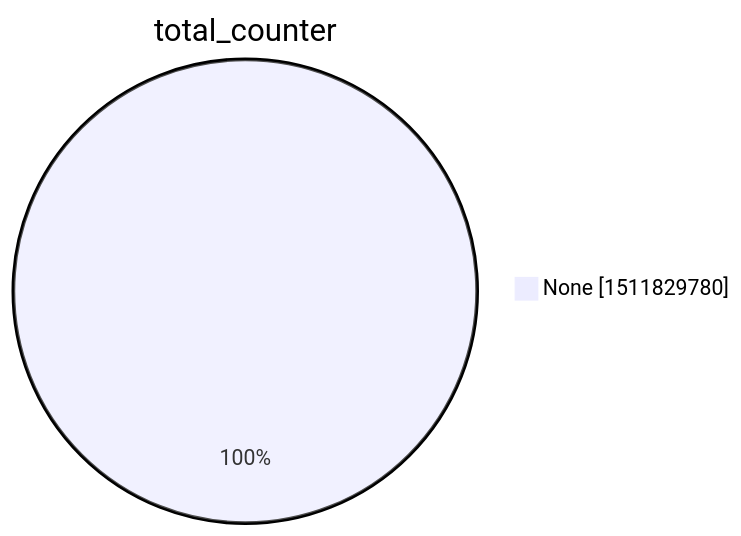
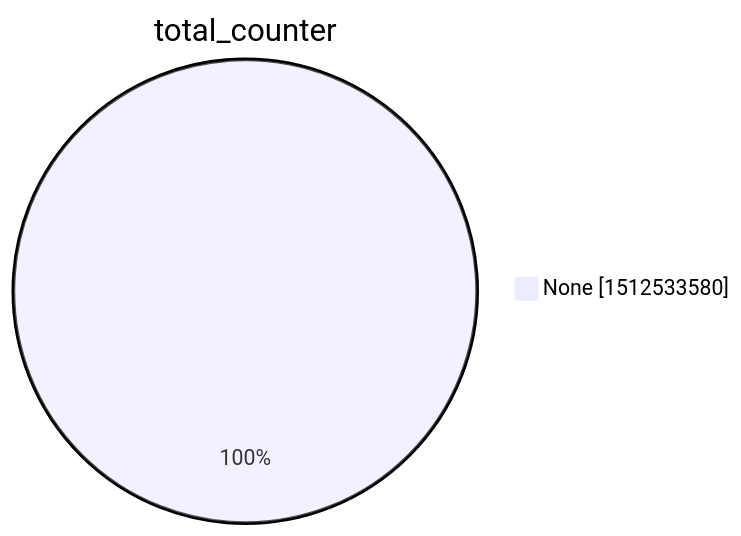
The second of 15 diagrams in argon2022/README.md (christiankrug/ctmonitor_visualization), drawn with Mermaid before and after one commit. The commit also changed other lines of this file, not shown here.

````diff
--- a/argon2022/README.md
+++ b/argon2022/README.md
@@ -9,5 +9,5 @@
 ```mermaid
 pie showData
 title total_counter
-"None" :1511829780
+"None" :1512533580
 ```
````
